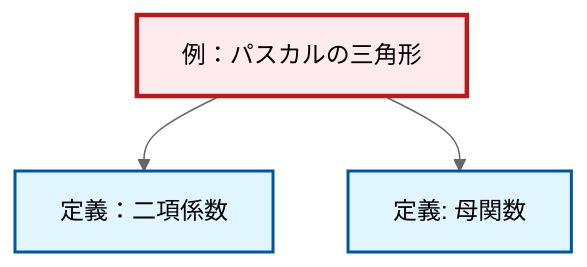
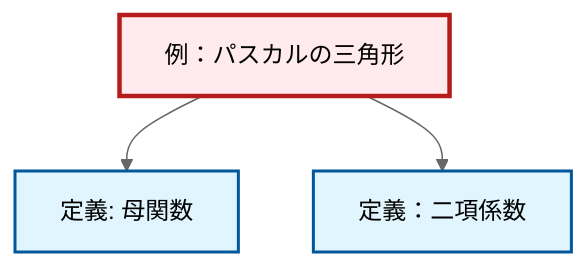
One commit to RK0429/ModernMath changed the diagram in content/ja/combinatorics/ex-pascals-triangle.qmd. Above: the diagram before and after it, drawn with Mermaid (neutral theme). The commit also changed 672 other files, not shown here.

````diff
--- a/content/ja/combinatorics/ex-pascals-triangle.qmd
+++ b/content/ja/combinatorics/ex-pascals-triangle.qmd
@@ -73,17 +73,17 @@
 ```{mermaid}
-%%| fig-cap: "Local dependency graph"
+%%| fig-cap: "ローカル依存関係グラフ"
 graph TD
     classDef definition fill:#e1f5fe,stroke:#01579b,stroke-width:2px
     classDef theorem fill:#f3e5f5,stroke:#4a148c,stroke-width:2px
     classDef axiom fill:#fff3e0,stroke:#e65100,stroke-width:2px
     classDef example fill:#e8f5e9,stroke:#1b5e20,stroke-width:2px
     classDef current fill:#ffebee,stroke:#b71c1c,stroke-width:3px
+    def-generating-function["定義: 母関数"]:::definition
+    def-binomial-coefficient["定義：二項係数"]:::definition
     ex-pascals-triangle["例：パスカルの三角形"]:::example
-    def-binomial-coefficient["定義：二項係数"]:::definition
-    def-generating-function["定義: 母関数"]:::definition
+    ex-pascals-triangle --> def-generating-function
     ex-pascals-triangle --> def-binomial-coefficient
-    ex-pascals-triangle --> def-generating-function
     class ex-pascals-triangle current
+    click def-generating-function "def-generating-function.html" "母関数の定義へ"
     click def-binomial-coefficient "def-binomial-coefficient.html" "定義：二項係数へ"
-    click def-generating-function "def-generating-function.html" "母関数の定義へ"
 ```
````
